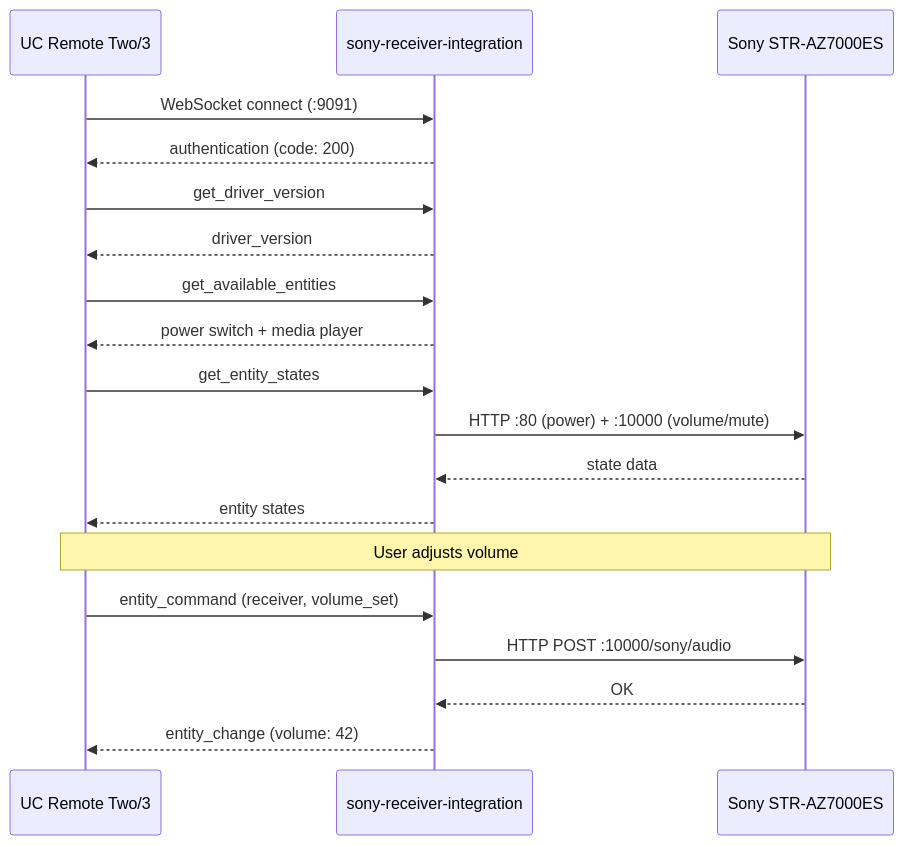
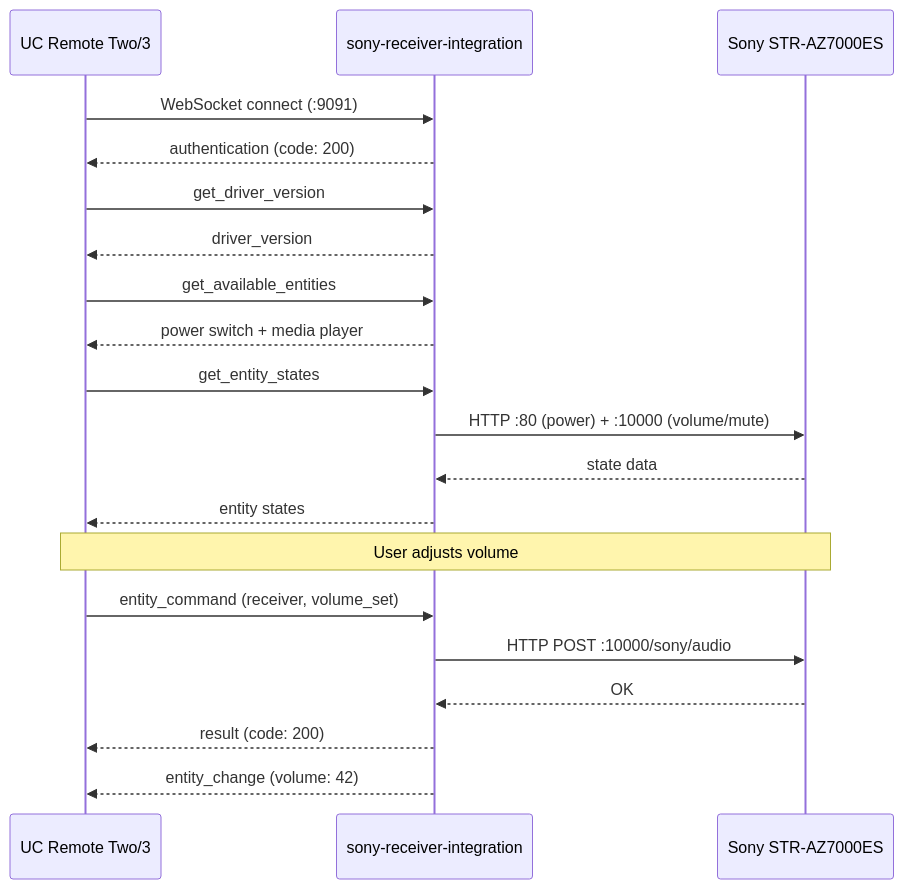
One commit to yankeeinlondon/rusty-biscuit changed the diagram in homelab/sony-receiver-integration/README.md. Above: the diagram before and after it, drawn with Mermaid. The commit also changed other lines of this file and 36 other files, not shown here.

````diff
--- a/homelab/sony-receiver-integration/README.md
+++ b/homelab/sony-receiver-integration/README.md
@@ -37,23 +37,24 @@
 ```mermaid
 sequenceDiagram
     participant R as UC Remote Two/3
     participant I as sony-receiver-integration
     participant S as Sony STR-AZ7000ES
 
     R->>I: WebSocket connect (:9091)
     I-->>R: authentication (code: 200)
     R->>I: get_driver_version
     I-->>R: driver_version
     R->>I: get_available_entities
     I-->>R: power switch + media player
     R->>I: get_entity_states
     I->>S: HTTP :80 (power) + :10000 (volume/mute)
     S-->>I: state data
     I-->>R: entity states
 
     Note over R,S: User adjusts volume
     R->>I: entity_command (receiver, volume_set)
     I->>S: HTTP POST :10000/sony/audio
     S-->>I: OK
+    I-->>R: result (code: 200)
     I-->>R: entity_change (volume: 42)
 ```
````
